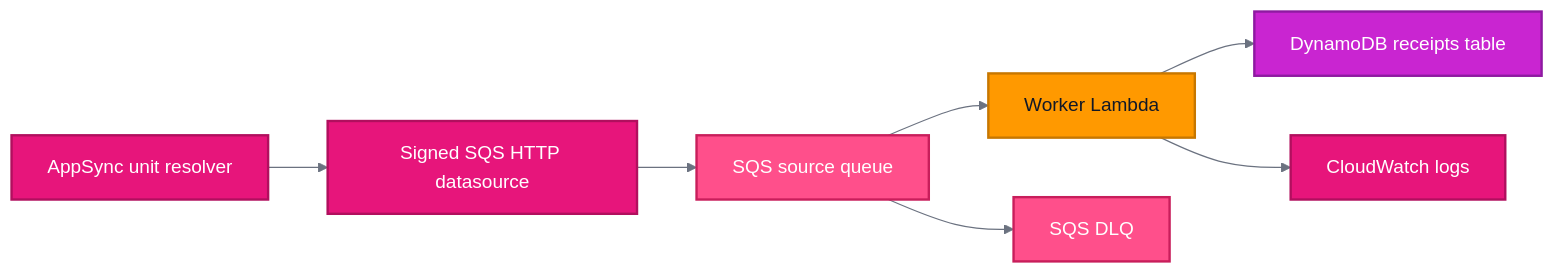
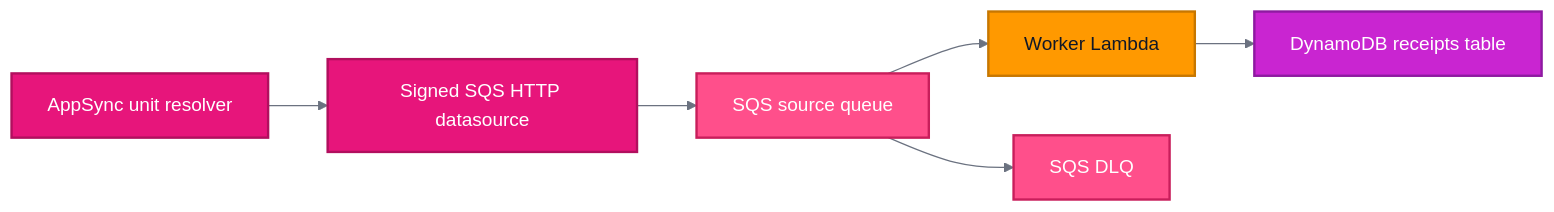
The diagram in infra/modules/receipt-api/account-data-deletion/README.md (reiganarmstrong/check-split-mono), drawn with Mermaid before and after one commit. The commit also changed other lines of this file and 6 other files, not shown here.

First line of the commit message:
chore(infra): disable CloudWatch log writes

````diff
--- a/infra/modules/receipt-api/account-data-deletion/README.md
+++ b/infra/modules/receipt-api/account-data-deletion/README.md
@@ -92,33 +92,29 @@
 ```mermaid
 ---
 config:
   theme: base
   themeVariables:
     primaryColor: "#FFF4E5"
     primaryTextColor: "#111827"
     primaryBorderColor: "#C77700"
     lineColor: "#6B7280"
     secondaryColor: "#FCE7F3"
     tertiaryColor: "#F3E8FF"
 ---
 flowchart LR
   A["AppSync unit resolver"] --> H["Signed SQS HTTP datasource"]
   H --> Q["SQS source queue"]
   Q --> W["Worker Lambda"]
   W --> D["DynamoDB receipts table"]
   Q --> DLQ["SQS DLQ"]
-  L["CloudWatch logs"]
-  W --> L
 
   classDef appsync fill:#E7157B,stroke:#B10F5E,color:#FFFFFF,stroke-width:2px;
   classDef lambda fill:#FF9900,stroke:#C77700,color:#111827,stroke-width:2px;
   classDef sqs fill:#FF4F8B,stroke:#C81E5B,color:#FFFFFF,stroke-width:2px;
   classDef dynamodb fill:#C925D1,stroke:#8E1AA1,color:#FFFFFF,stroke-width:2px;
-  classDef cloudwatch fill:#E7157B,stroke:#B10F5E,color:#FFFFFF,stroke-width:2px;
 
   class A,H appsync;
   class W lambda;
   class Q,DLQ sqs;
   class D dynamodb;
-  class L cloudwatch;
 ```
````
